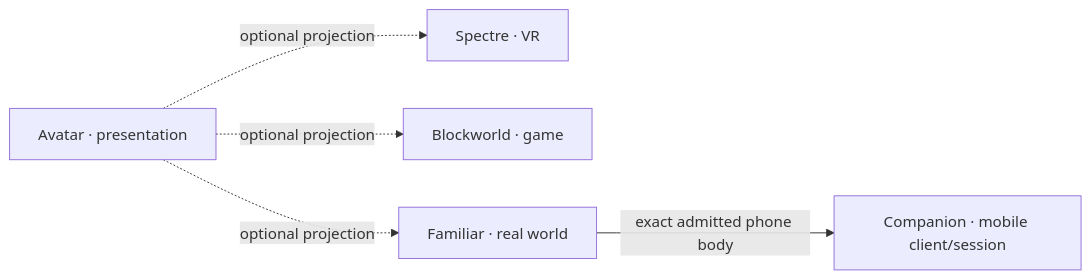
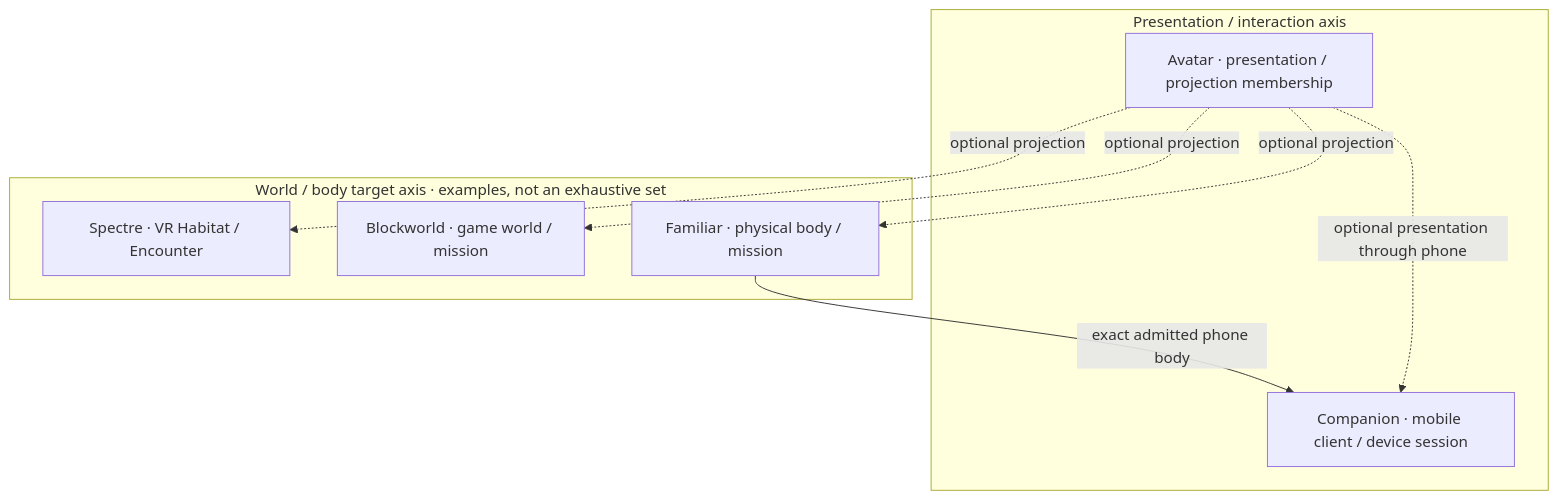
One commit to hexanomicon/lychd changed the diagram in docs/compositions/familiar/index.md. Above: the diagram before and after it, drawn with Mermaid. The commit also changed other lines of this file and 695 other files, not shown here.

First line of the commit message:
Integrate core reliability fixes, Atlas UI, and architecture updates

````diff
--- a/docs/compositions/familiar/index.md
+++ b/docs/compositions/familiar/index.md
@@ -23,7 +30,17 @@
 ```mermaid
-flowchart LR
-    A["Avatar · presentation"] -. "optional projection" .-> S["Spectre · VR"]
-    A -. "optional projection" .-> B["Blockworld · game"]
-    A -. "optional projection" .-> F["Familiar · real world"]
-    F -->|"exact admitted phone body"| C["Companion · mobile client/session"]
+flowchart TB
+    subgraph W["World / body target axis · examples, not an exhaustive set"]
+        S["Spectre · VR Habitat / Encounter"]
+        B["Blockworld · game world / mission"]
+        F["Familiar · physical body / mission"]
+    end
+    subgraph P["Presentation / interaction axis"]
+        A["Avatar · presentation / projection membership"]
+        C["Companion · mobile client / device session"]
+    end
+    A -. "optional projection" .-> S
+    A -. "optional projection" .-> B
+    A -. "optional projection" .-> F
+    F -->|"exact admitted phone body"| C
+    A -. "optional presentation through phone" .-> C
 ```
````
